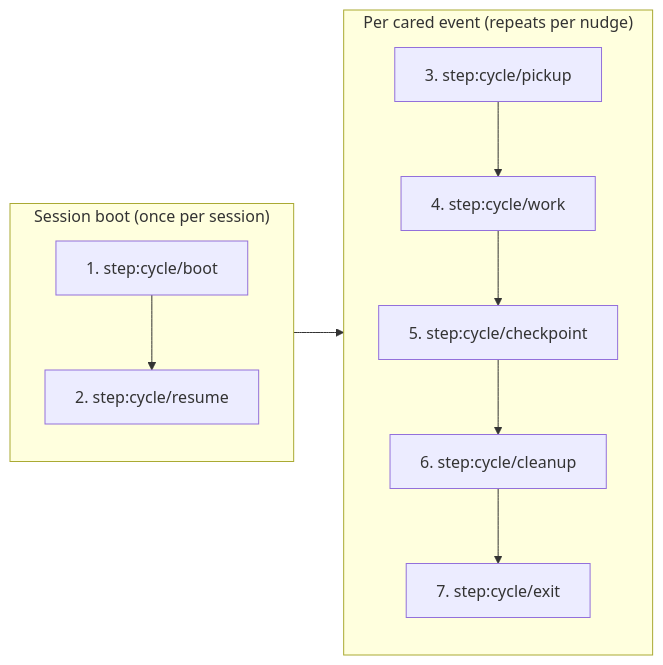
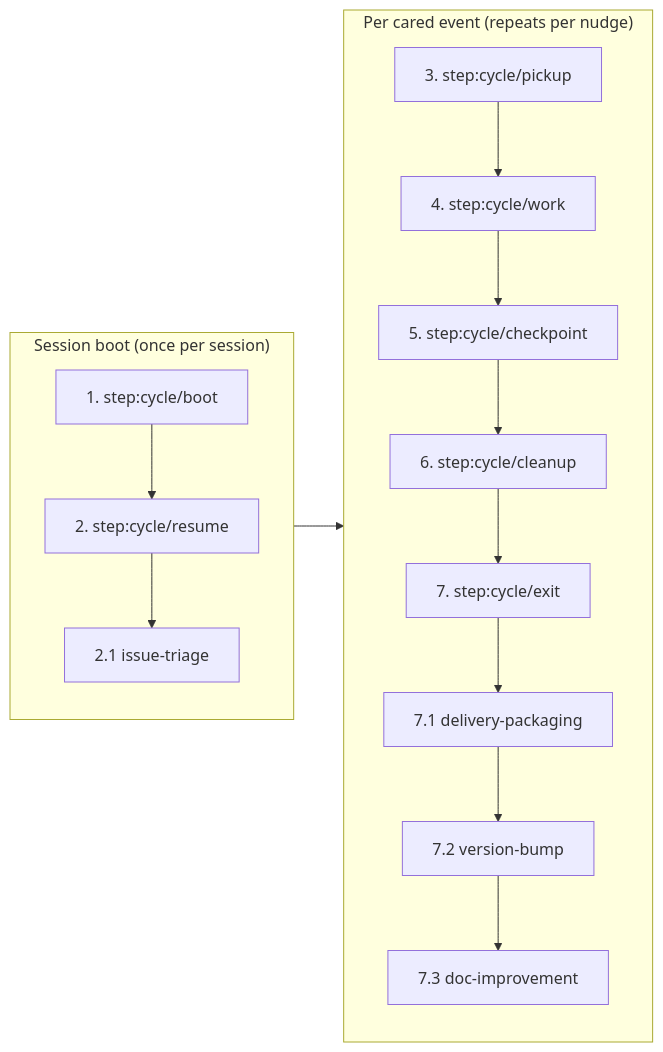
Before and after one commit to WallyDoodlez/SquidSquad: the fourth of 4 diagrams in .squidsquad/dm/CLAUDE.linked.md, drawn with Mermaid. The commit also changed other lines of this file and 11 other files, not shown here.

````diff
--- a/.squidsquad/dm/CLAUDE.linked.md
+++ b/.squidsquad/dm/CLAUDE.linked.md
@@ -327,13 +329,28 @@
 ```mermaid
 flowchart LR
     subgraph SessionBoot["Session boot (once per session)"]
-        S1["1. step:cycle/boot"] --> S2["2. step:cycle/resume"]
+        S1["1. step:cycle/boot"]
+        S2["2. step:cycle/resume"]
+        S2_1["2.1 issue-triage"]
     end
     subgraph WalkLoop["Per cared event (repeats per nudge)"]
-        S3["3. step:cycle/pickup"] --> S4["4. step:cycle/work"]
-        S4 --> S5["5. step:cycle/checkpoint"]
-        S5 --> S6["6. step:cycle/cleanup"]
-        S6 --> S7["7. step:cycle/exit"]
+        S3["3. step:cycle/pickup"]
+        S4["4. step:cycle/work"]
+        S5["5. step:cycle/checkpoint"]
+        S6["6. step:cycle/cleanup"]
+        S7["7. step:cycle/exit"]
+        S7_1["7.1 delivery-packaging"]
+        S7_2["7.2 version-bump"]
+        S7_3["7.3 doc-improvement"]
     end
+    S1 --> S2
+    S2 --> S2_1
+    S3 --> S4
+    S4 --> S5
+    S5 --> S6
+    S6 --> S7
+    S7 --> S7_1
+    S7_1 --> S7_2
+    S7_2 --> S7_3
     SessionBoot --> WalkLoop
 ```
````
